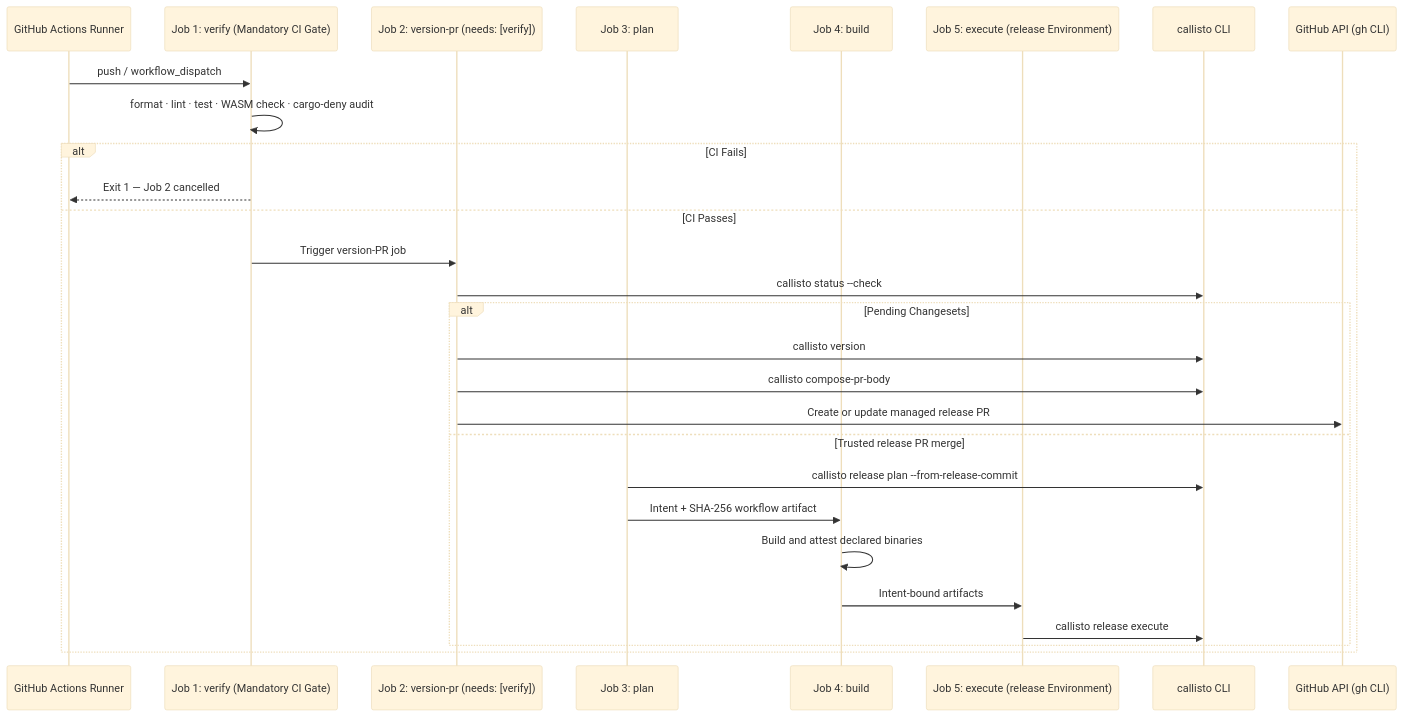
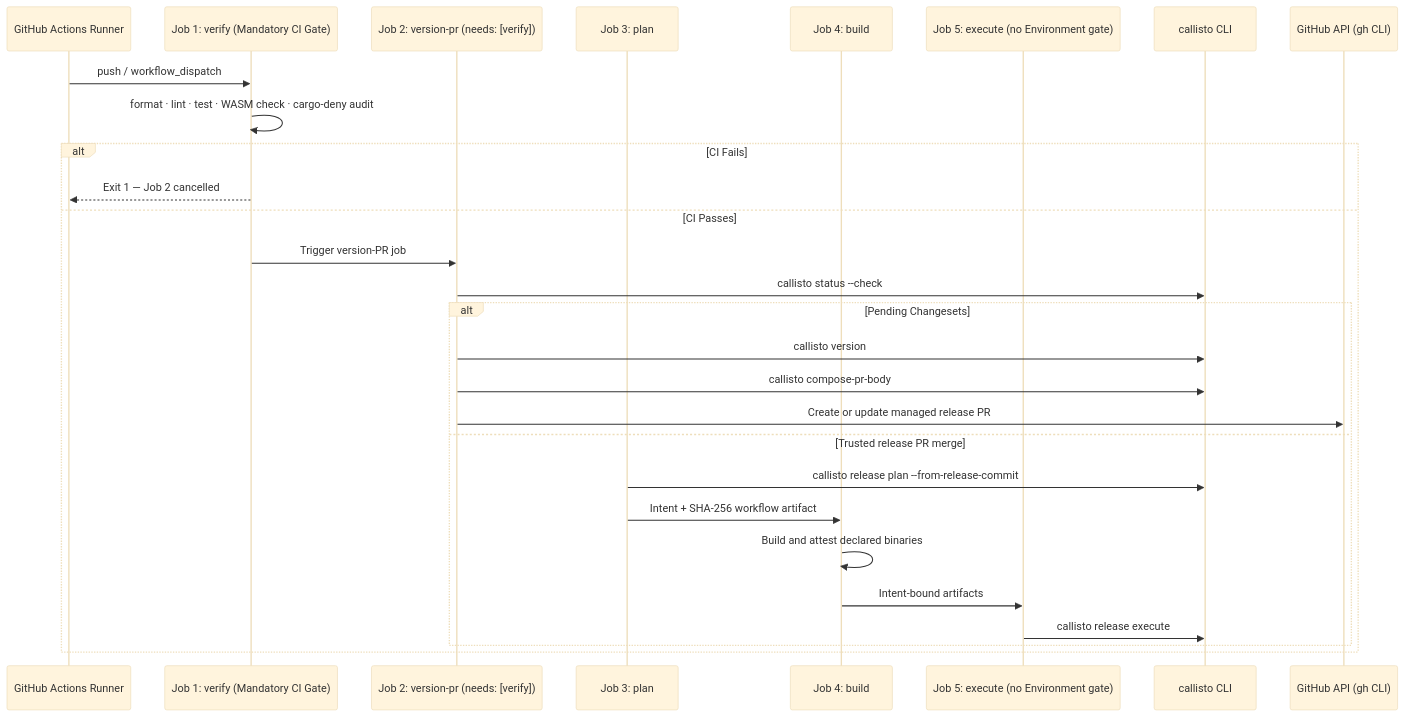
One commit to orin-dx/callisto changed the fourth of 4 diagrams in ARCHITECTURE.md. Above: the diagram before and after it, drawn with Mermaid. The commit also changed other lines of this file and 137 other files, not shown here.

````diff
--- a/ARCHITECTURE.md
+++ b/ARCHITECTURE.md
@@ -361,32 +361,32 @@
 ```mermaid
 %%{init: {'theme': 'base', 'themeVariables': {'lineColor': '#64748b', 'edgeLabelBackground': '#f8fafc', 'fontFamily': 'ui-sans-serif, system-ui, sans-serif'}}}%%
 sequenceDiagram
     participant Runner as GitHub Actions Runner
     participant Verify as Job 1: verify (Mandatory CI Gate)
     participant VersionPR as Job 2: version-pr (needs: [verify])
     participant Plan as Job 3: plan
     participant Build as Job 4: build
-    participant Execute as Job 5: execute (release Environment)
+    participant Execute as Job 5: execute (no Environment gate)
     participant CLI as callisto CLI
     participant GH as GitHub API (gh CLI)
 
     Runner->>Verify: push / workflow_dispatch
     Verify->>Verify: format · lint · test · WASM check · cargo-deny audit
     alt CI Fails
         Verify-->>Runner: Exit 1 — Job 2 cancelled
     else CI Passes
         Verify->>VersionPR: Trigger version-PR job
         VersionPR->>CLI: callisto status --check
         alt Pending Changesets
             VersionPR->>CLI: callisto version
             VersionPR->>CLI: callisto compose-pr-body
             VersionPR->>GH: Create or update managed release PR
         else Trusted release PR merge
             Plan->>CLI: callisto release plan --from-release-commit
             Plan->>Build: Intent + SHA-256 workflow artifact
             Build->>Build: Build and attest declared binaries
             Build->>Execute: Intent-bound artifacts
             Execute->>CLI: callisto release execute
         end
     end
 ```
````
